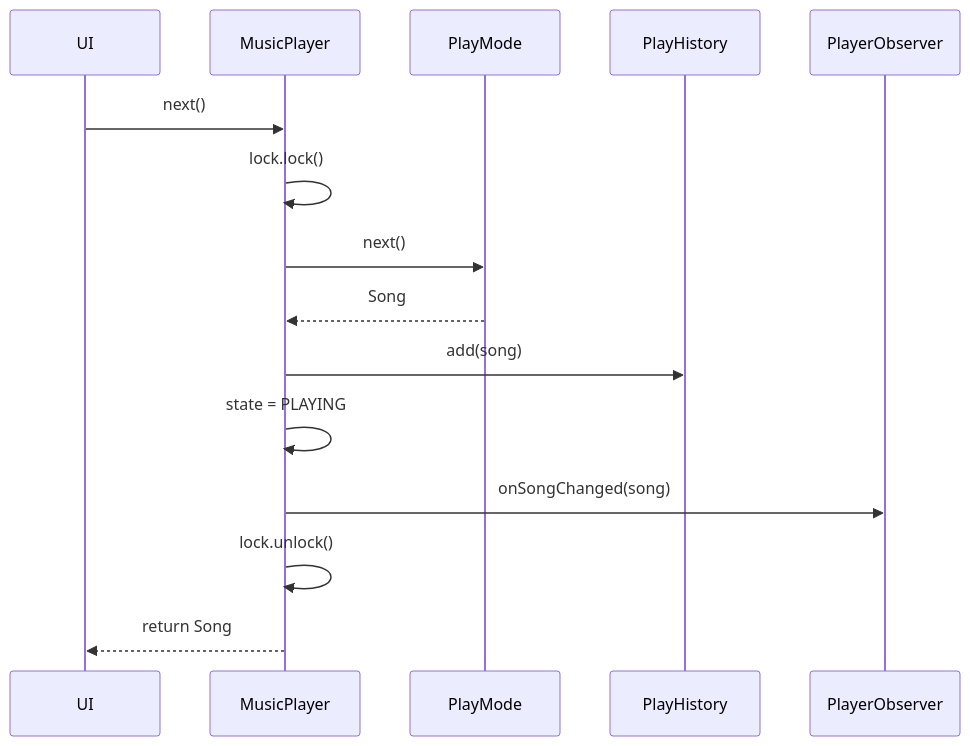
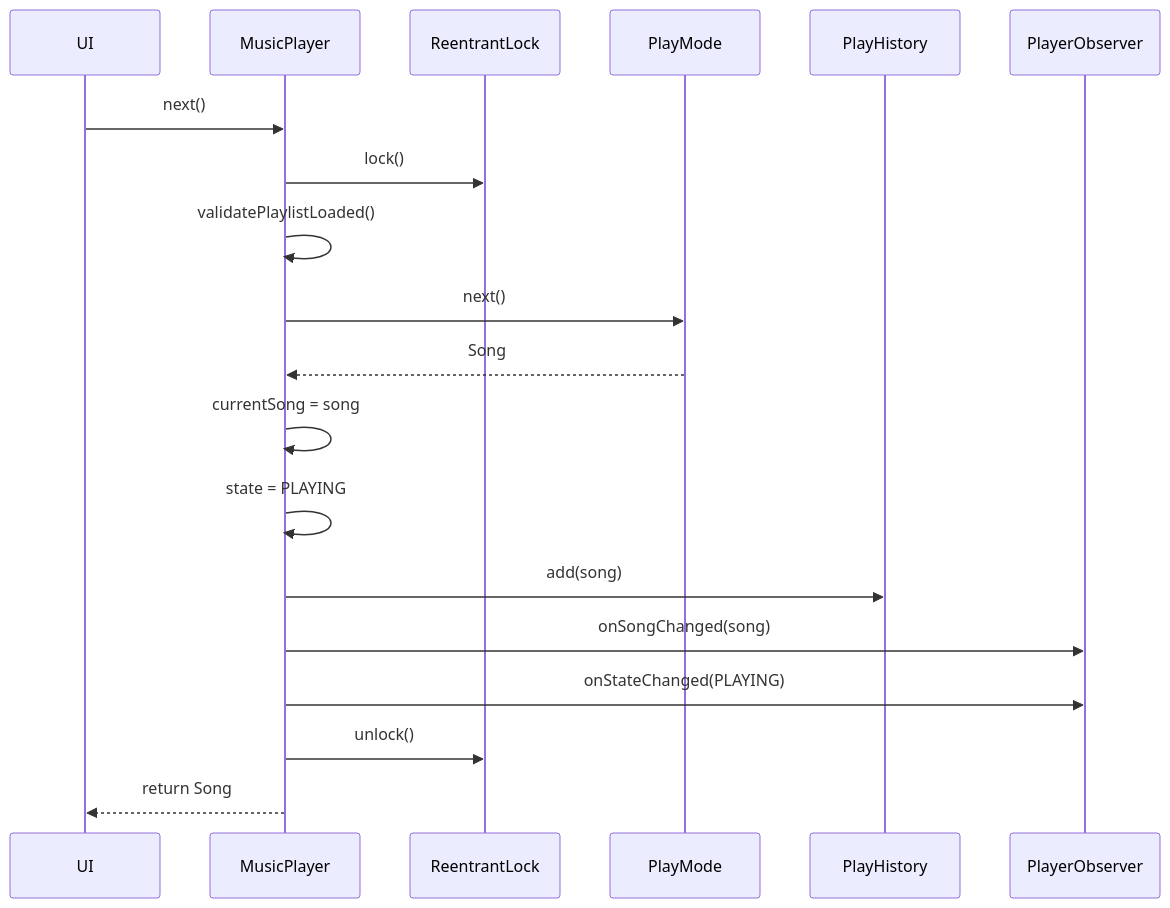
One commit to iluzn/HLD-Designs changed the third of 3 diagrams in content/lld/MusicPlayer.md. Above: the diagram before and after it, drawn with Mermaid. The commit also changed other lines of this file, not shown here.

Commit message:
Music Player LLD: add complete runnable code for all classes + Demo

````diff
--- a/content/lld/MusicPlayer.md
+++ b/content/lld/MusicPlayer.md
@@ -320,18 +855,22 @@
 ```mermaid
 sequenceDiagram
     participant UI
     participant Player as MusicPlayer
+    participant Lock as ReentrantLock
     participant Mode as PlayMode
     participant History as PlayHistory
-    participant Observer as PlayerObserver
+    participant Obs as PlayerObserver
 
     UI->>Player: next()
-    Player->>Player: lock.lock()
+    Player->>Lock: lock()
+    Player->>Player: validatePlaylistLoaded()
     Player->>Mode: next()
     Mode-->>Player: Song
+    Player->>Player: currentSong = song
+    Player->>Player: state = PLAYING
     Player->>History: add(song)
-    Player->>Player: state = PLAYING
-    Player->>Observer: onSongChanged(song)
-    Player->>Player: lock.unlock()
+    Player->>Obs: onSongChanged(song)
+    Player->>Obs: onStateChanged(PLAYING)
+    Player->>Lock: unlock()
     Player-->>UI: return Song
 ```
````
